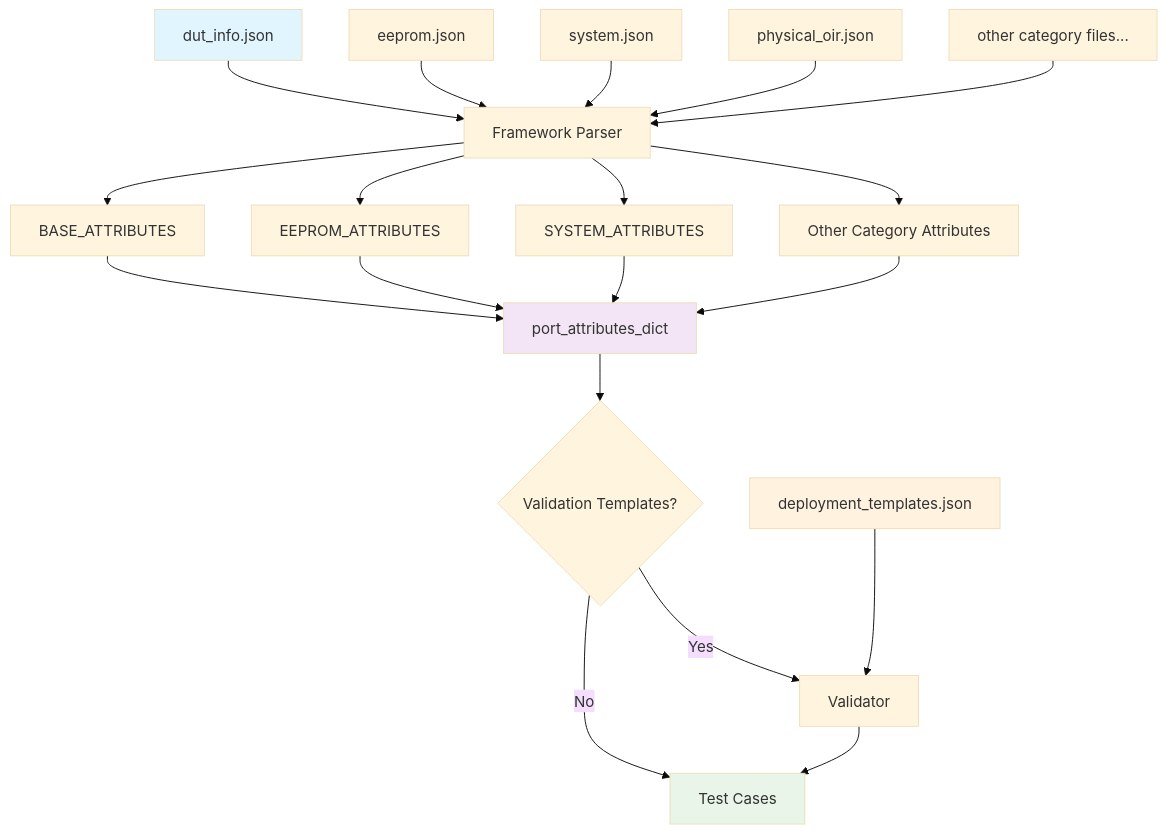
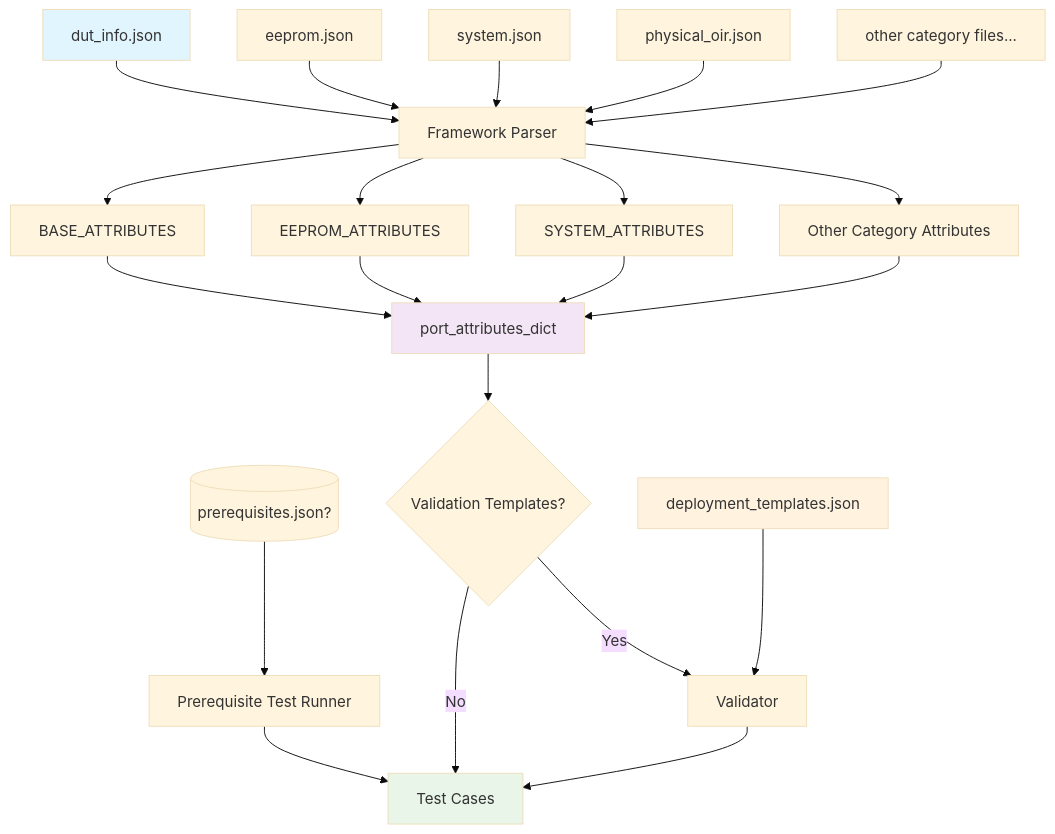
One commit to sonic-net/sonic-mgmt changed the diagram in docs/testplan/transceiver/diagrams/file_organization.md. Above: the diagram before and after it, drawn with Mermaid (base theme). The commit also changed other lines of this file and 2 other files, not shown here.

````diff
--- a/docs/testplan/transceiver/diagrams/file_organization.md
+++ b/docs/testplan/transceiver/diagrams/file_organization.md
@@ -25,29 +27,31 @@
 ```mermaid
 graph TD
     A[dut_info.json] --> B[Framework Parser]
     C[eeprom.json] --> B
     D[system.json] --> B
     E[physical_oir.json] --> B
     F[other category files...] --> B
+    P[(prerequisites.json?)] --> Z[Prerequisite Test Runner]
+    Z --> L[Test Cases]
     
     B --> H[BASE_ATTRIBUTES]
     B --> I[EEPROM_ATTRIBUTES]
     B --> J[SYSTEM_ATTRIBUTES]
     B --> K[Other Category Attributes]
     
     H --> G[port_attributes_dict]
     I --> G
     J --> G
     K --> G
     
     G --> M{Validation Templates?}
     M -->|Yes| N[Validator]
     M -->|No| L[Test Cases]
     N --> L
     O[deployment_templates.json] --> N
     
     style A fill:#e1f5fe
     style G fill:#f3e5f5
     style L fill:#e8f5e8
     style O fill:#fff3e0
 ```
````
